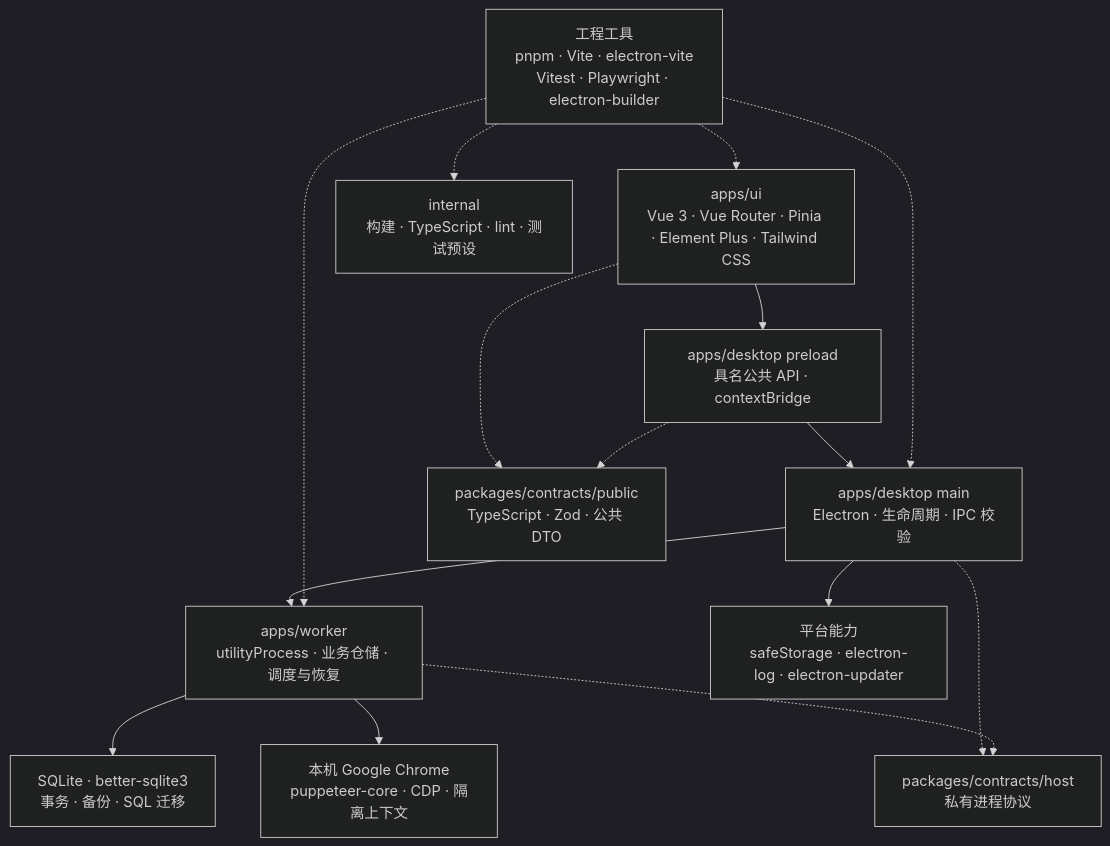
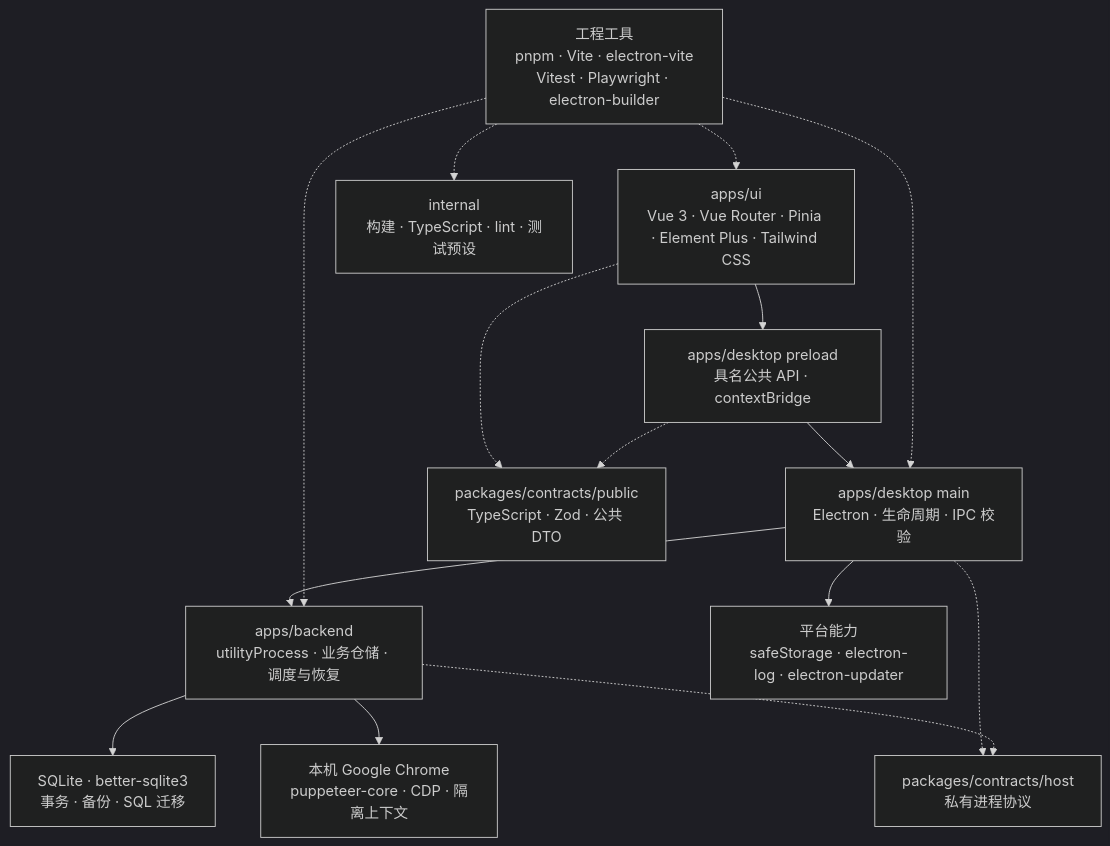
The diagram in docs/architecture.md (0gnilc/browser-2d), drawn with Mermaid (dark theme) before and after one commit. The commit also changed other lines of this file and 92 other files, not shown here.

````diff
--- a/docs/architecture.md
+++ b/docs/architecture.md
@@ -9,26 +9,26 @@
 ```mermaid
 flowchart TB
     UI["apps/ui<br/>Vue 3 · Vue Router · Pinia · Element Plus · Tailwind CSS"]
     Bridge["apps/desktop preload<br/>具名公共 API · contextBridge"]
     Main["apps/desktop main<br/>Electron · 生命周期 · IPC 校验"]
-    Worker["apps/worker<br/>utilityProcess · 业务仓储 · 调度与恢复"]
+    Worker["apps/backend<br/>utilityProcess · 业务仓储 · 调度与恢复"]
     DB["SQLite · better-sqlite3<br/>事务 · 备份 · SQL 迁移"]
     Chrome["本机 Google Chrome<br/>puppeteer-core · CDP · 隔离上下文"]
     Platform["平台能力<br/>safeStorage · electron-log · electron-updater"]
     Public["packages/contracts/public<br/>TypeScript · Zod · 公共 DTO"]
     Host["packages/contracts/host<br/>私有进程协议"]
     Internal["internal<br/>构建 · TypeScript · lint · 测试预设"]
     Engineering["工程工具<br/>pnpm · Vite · electron-vite<br/>Vitest · Playwright · electron-builder"]
     UI --> Bridge --> Main --> Worker
     Worker --> DB
     Worker --> Chrome
     Main --> Platform
     UI -.-> Public
     Bridge -.-> Public
     Main -.-> Host
     Worker -.-> Host
     Engineering -.-> Internal
     Engineering -.-> UI
     Engineering -.-> Main
     Engineering -.-> Worker
 ```
````
